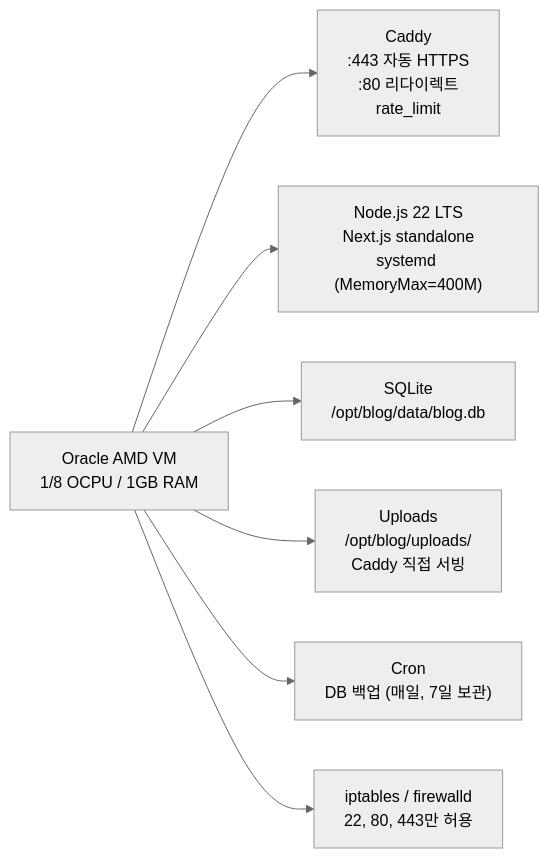
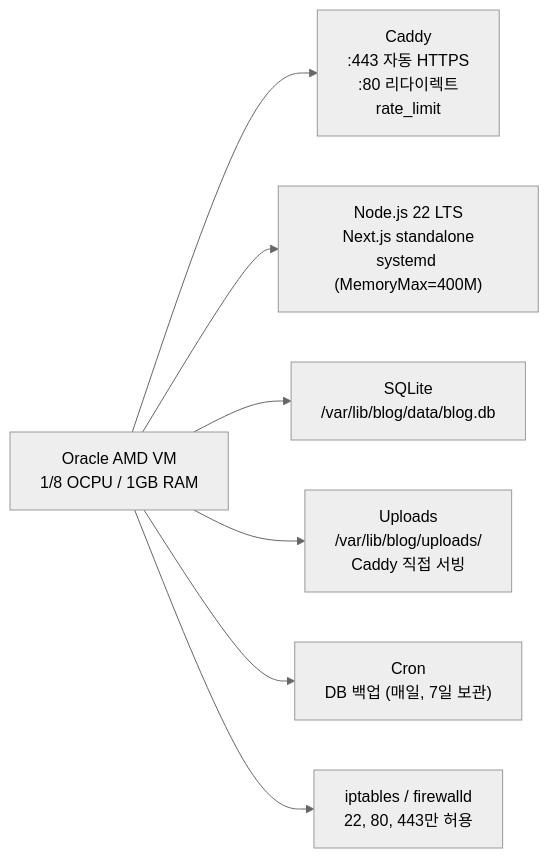
The sixth of 8 diagrams in plans/blog-architecture.md (honki12345/myblog), drawn with Mermaid (neutral theme) before and after one commit. The commit also changed other lines of this file and 4 other files, not shown here.

````diff
--- a/plans/blog-architecture.md
+++ b/plans/blog-architecture.md
@@ -612,9 +612,9 @@
 ```mermaid
 graph LR
     VM["Oracle AMD VM<br/>1/8 OCPU / 1GB RAM"] --> Caddy["Caddy<br/>:443 자동 HTTPS<br/>:80 리다이렉트<br/>rate_limit"]
     VM --> Node["Node.js 22 LTS<br/>Next.js standalone<br/>systemd (MemoryMax=400M)"]
-    VM --> DB["SQLite<br/>/opt/blog/data/blog.db"]
-    VM --> Uploads["Uploads<br/>/opt/blog/uploads/<br/>Caddy 직접 서빙"]
+    VM --> DB["SQLite<br/>/var/lib/blog/data/blog.db"]
+    VM --> Uploads["Uploads<br/>/var/lib/blog/uploads/<br/>Caddy 직접 서빙"]
     VM --> Cron["Cron<br/>DB 백업 (매일, 7일 보관)"]
     VM --> FW["iptables / firewalld<br/>22, 80, 443만 허용"]
 ```
````
